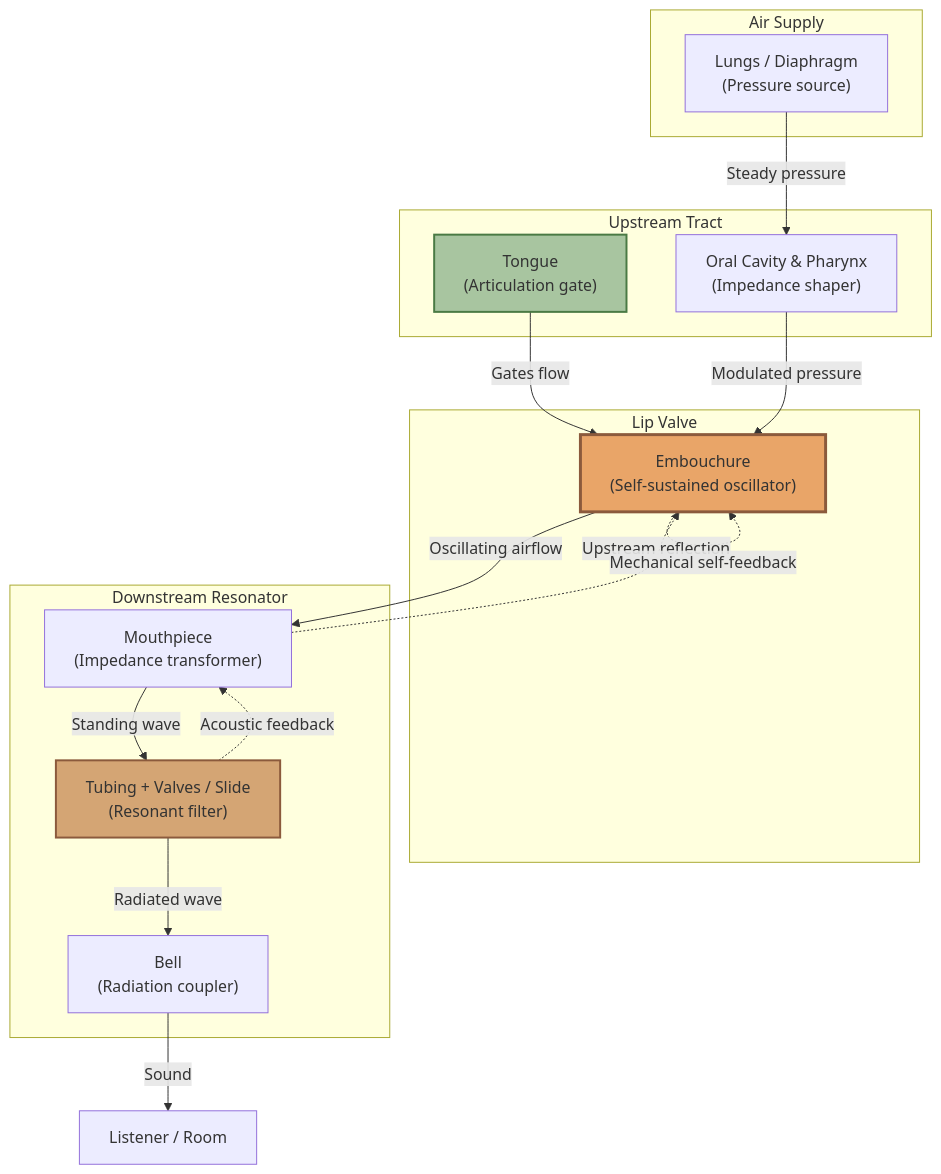
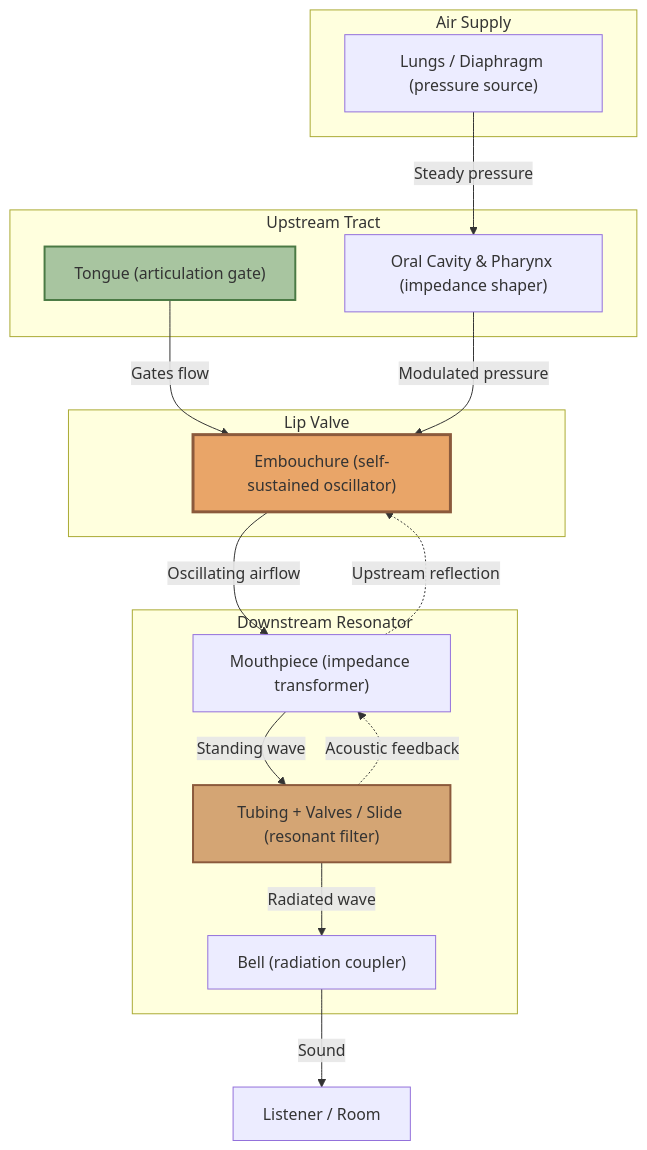
The first of 4 diagrams in topics/arts/music_performance/brass/lesson_02_articulation_and_vibrato.md (blebleblee/synapse), drawn with Mermaid before and after one commit. The commit also changed other lines of this file and 4 other files, not shown here.

````diff
--- a/topics/arts/music_performance/brass/lesson_02_articulation_and_vibrato.md
+++ b/topics/arts/music_performance/brass/lesson_02_articulation_and_vibrato.md
@@ -15,37 +15,36 @@
 ```mermaid
 graph TD
     subgraph sub_supply ["Air Supply"]
-        A["Lungs / Diaphragm\n(Pressure source)"]
+        A["Lungs / Diaphragm (pressure source)"]
     end
 
     subgraph sub_tract ["Upstream Tract"]
-        B["Oral Cavity & Pharynx\n(Impedance shaper)"]
-        C["Tongue\n(Articulation gate)"]
+        B["Oral Cavity & Pharynx (impedance shaper)"]
+        C["Tongue (articulation gate)"]
     end
 
     subgraph sub_valve ["Lip Valve"]
-        D["Embouchure\n(Self-sustained oscillator)"]
+        D["Embouchure (self-sustained oscillator)"]
     end
 
     subgraph sub_resonator ["Downstream Resonator"]
-        E["Mouthpiece\n(Impedance transformer)"]
-        F["Tubing + Valves / Slide\n(Resonant filter)"]
-        G["Bell\n(Radiation coupler)"]
+        E["Mouthpiece (impedance transformer)"]
+        F["Tubing + Valves / Slide (resonant filter)"]
+        G["Bell (radiation coupler)"]
     end
 
     A -->|"Steady pressure"| B
     C -->|"Gates flow"| D
     B -->|"Modulated pressure"| D
     D -->|"Oscillating airflow"| E
     E -->|"Standing wave"| F
     F -->|"Radiated wave"| G
     G -->|"Sound"| H["Listener / Room"]
 
     F -.->|"Acoustic feedback"| E
     E -.->|"Upstream reflection"| D
-    D -.->|"Mechanical self-feedback"| D
 
     style D fill:#E9A568,stroke:#8B5A3C,stroke-width:3px
     style F fill:#D4A574,stroke:#8B5A3C,stroke-width:2px
     style C fill:#A8C5A0,stroke:#4A7A44,stroke-width:2px
 ```
````
